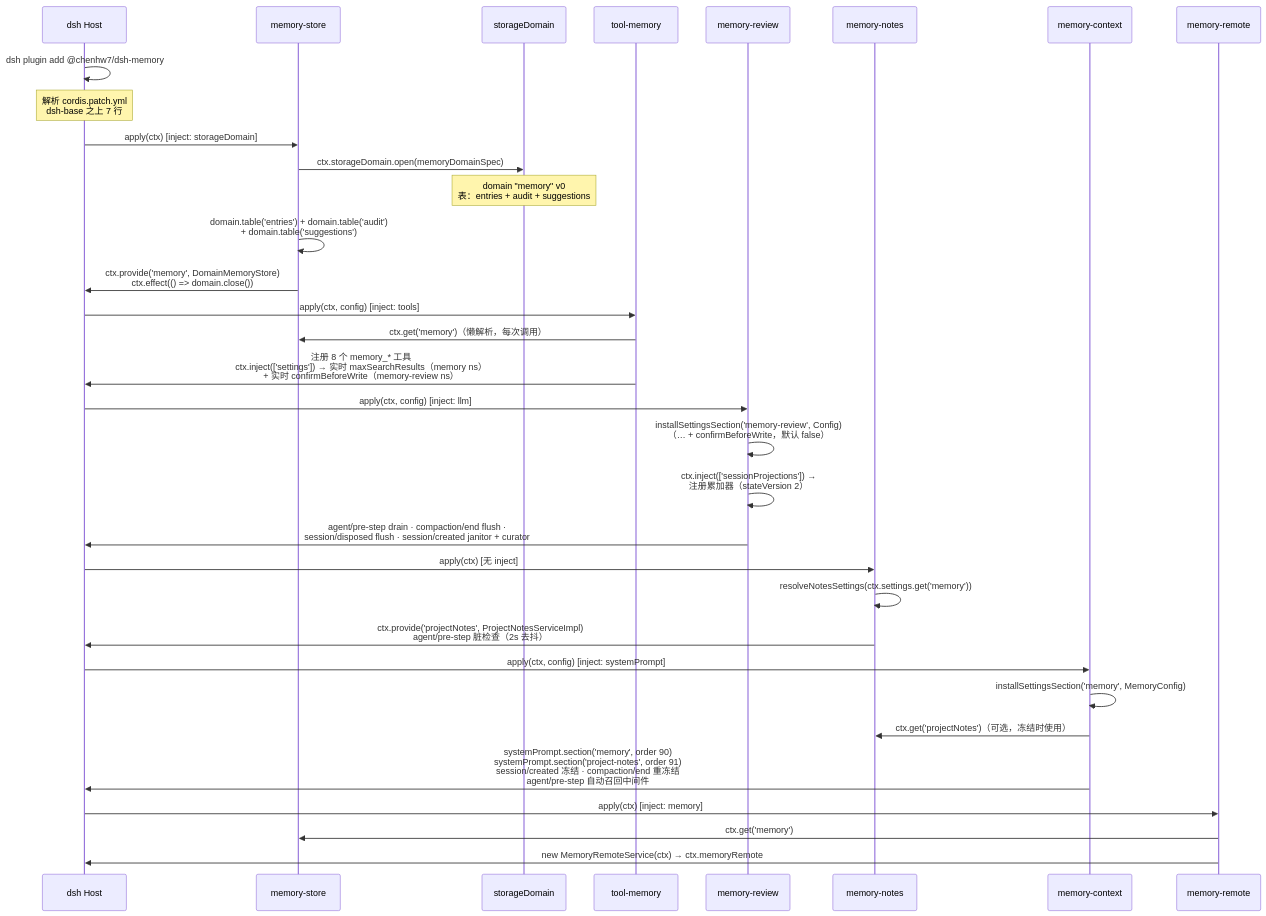
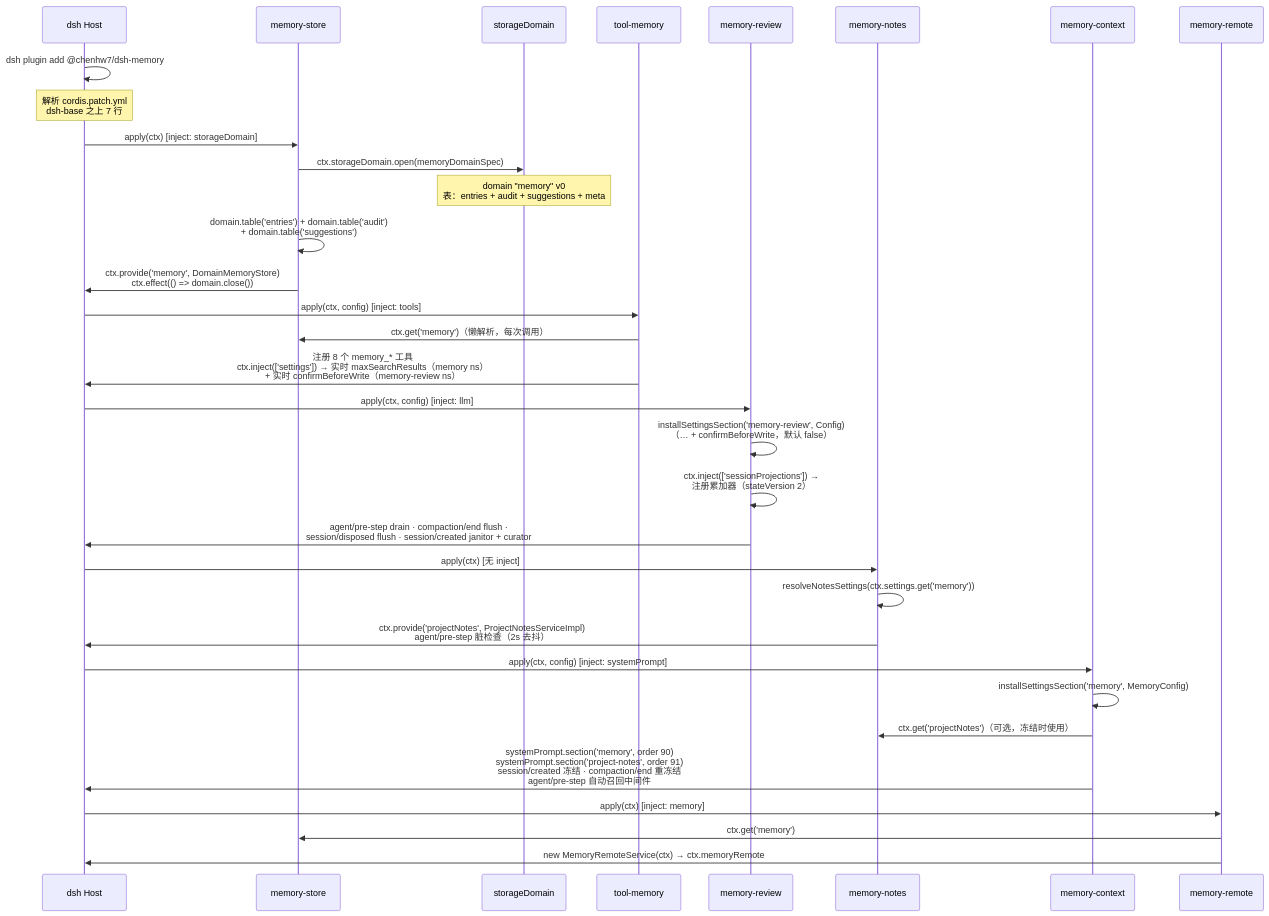
The first of 14 diagrams in docs/SEQUENCE_DIAGRAMS.zh.md (chenhw7/dsh-memory), drawn with Mermaid before and after one commit. The commit also changed other lines of this file and 15 other files, not shown here.

````diff
--- a/docs/SEQUENCE_DIAGRAMS.zh.md
+++ b/docs/SEQUENCE_DIAGRAMS.zh.md
@@ -14,42 +14,42 @@
 ```mermaid
 sequenceDiagram
     participant Host as dsh Host
     participant Store as memory-store
     participant SD as storageDomain
     participant Tool as tool-memory
     participant Review as memory-review
     participant Notes as memory-notes
     participant Context as memory-context
     participant Remote as memory-remote
 
     Host->>Host: dsh plugin add @chenhw7/dsh-memory
     Note over Host: 解析 cordis.patch.yml<br/>dsh-base 之上 7 行
 
     Host->>Store: apply(ctx) [inject: storageDomain]
     Store->>SD: ctx.storageDomain.open(memoryDomainSpec)
-    Note over SD: domain "memory" v0<br/>表：entries + audit + suggestions
+    Note over SD: domain "memory" v0<br/>表：entries + audit + suggestions + meta
     Store->>Store: domain.table('entries') + domain.table('audit')<br/>+ domain.table('suggestions')
     Store->>Host: ctx.provide('memory', DomainMemoryStore)<br/>ctx.effect(() => domain.close())
 
     Host->>Tool: apply(ctx, config) [inject: tools]
     Tool->>Store: ctx.get('memory')（懒解析，每次调用）
     Tool->>Host: 注册 8 个 memory_* 工具<br/>ctx.inject(['settings']) → 实时 maxSearchResults（memory ns）<br/>+ 实时 confirmBeforeWrite（memory-review ns）
 
     Host->>Review: apply(ctx, config) [inject: llm]
     Review->>Review: installSettingsSection('memory-review', Config)<br/>（… + confirmBeforeWrite，默认 false）
     Review->>Review: ctx.inject(['sessionProjections']) →<br/>注册累加器（stateVersion 2）
     Review->>Host: agent/pre-step drain · compaction/end flush ·<br/>session/disposed flush · session/created janitor + curator
 
     Host->>Notes: apply(ctx) [无 inject]
     Notes->>Notes: resolveNotesSettings(ctx.settings.get('memory'))
     Notes->>Host: ctx.provide('projectNotes', ProjectNotesServiceImpl)<br/>agent/pre-step 脏检查（2s 去抖）
 
     Host->>Context: apply(ctx, config) [inject: systemPrompt]
     Context->>Context: installSettingsSection('memory', MemoryConfig)
     Context->>Notes: ctx.get('projectNotes')（可选，冻结时使用）
     Context->>Host: systemPrompt.section('memory', order 90)<br/>systemPrompt.section('project-notes', order 91)<br/>session/created 冻结 · compaction/end 重冻结<br/>agent/pre-step 自动召回中间件
 
     Host->>Remote: apply(ctx) [inject: memory]
     Remote->>Store: ctx.get('memory')
     Remote->>Host: new MemoryRemoteService(ctx) → ctx.memoryRemote
 ```
````
